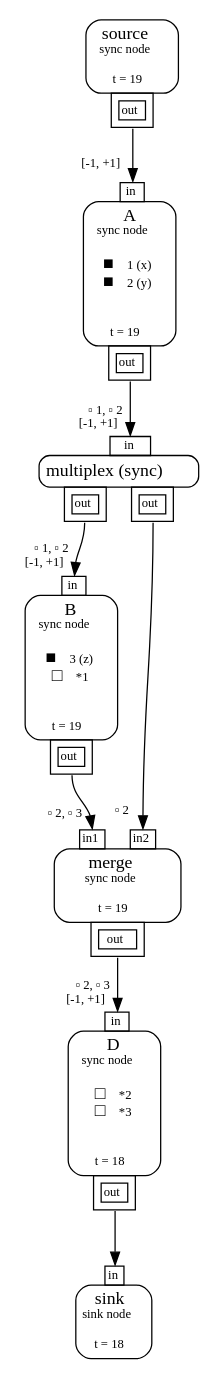
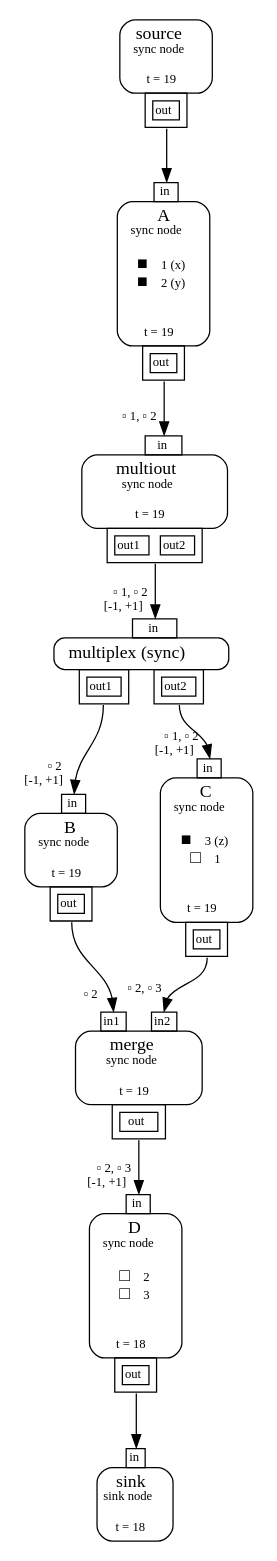
One commit to dbonattoj/mf changed the diagram in gr.gv. Above: the diagram before and after it, drawn with Graphviz. The commit also changed 6 other files, not shown here.

```diff
--- a/gr.gv
+++ b/gr.gv
@@ -7,27 +7,35 @@
 <TABLE BORDER="0" CELLBORDER="0" CELLSPACING="0" CELLPADDING="0"><TR><TD WIDTH="20"></TD><TD BORDER="1" CELLPADDING="1" PORT="in3" COLOR="black"><FONT POINT-SIZE="10">in</FONT></TD><TD WIDTH="20"></TD></TR><TR><TD COLSPAN="3" BORDER="1" STYLE="ROUNDED" CELLPADDING="4" COLOR="black">A<BR/><FONT POINT-SIZE="10">sync node</FONT><BR/><BR/>&#x25A0; <FONT POINT-SIZE="10">1 (x)</FONT><BR/>&#x25A0; <FONT POINT-SIZE="10">2 (y)</FONT><BR/><BR/><BR/><FONT POINT-SIZE="10">t = 19</FONT></TD></TR><TR><TD COLSPAN="3" BORDER="0"><TABLE BORDER="0" CELLBORDER="0" CELLSPACING="0" CELLPADDING="0"><TR><TD WIDTH="20"></TD><TD BORDER="1" CELLPADDING="3" PORT="out4" COLOR="black"><TABLE BORDER="0" CELLSPACING="2"><TR CELLPADDING="1"><TD BORDER="1" CELLPADDING="1"><FONT POINT-SIZE="10">out</FONT></TD></TR></TABLE></TD><TD WIDTH="20"></TD></TR></TABLE></TD></TR></TABLE>
 >];
 	node5 [shape=plaintext label=<
-<TABLE BORDER="0" CELLBORDER="0" CELLSPACING="0" CELLPADDING="0"><TR><TD WIDTH="20"></TD><TD BORDER="1" CELLPADDING="1" PORT="in6" COLOR="black"><FONT POINT-SIZE="10">in</FONT></TD><TD WIDTH="20"></TD></TR><TR><TD COLSPAN="3" BORDER="1" STYLE="ROUNDED" CELLPADDING="4" COLOR="black">multiplex (sync)</TD></TR><TR><TD COLSPAN="3" BORDER="0"><TABLE BORDER="0" CELLBORDER="0" CELLSPACING="0" CELLPADDING="0"><TR><TD WIDTH="20"></TD><TD BORDER="1" CELLPADDING="3" PORT="out7" COLOR="black"><TABLE BORDER="0" CELLSPACING="2"><TR CELLPADDING="1"><TD BORDER="1" CELLPADDING="1"><FONT POINT-SIZE="10">out</FONT></TD></TR></TABLE></TD><TD WIDTH="20"></TD><TD BORDER="1" CELLPADDING="3" PORT="out8" COLOR="black"><TABLE BORDER="0" CELLSPACING="2"><TR CELLPADDING="1"><TD BORDER="1" CELLPADDING="1"><FONT POINT-SIZE="10">out</FONT></TD></TR></TABLE></TD><TD WIDTH="20"></TD></TR></TABLE></TD></TR></TABLE>
+<TABLE BORDER="0" CELLBORDER="0" CELLSPACING="0" CELLPADDING="0"><TR><TD WIDTH="20"></TD><TD BORDER="1" CELLPADDING="1" PORT="in6" COLOR="black"><FONT POINT-SIZE="10">in</FONT></TD><TD WIDTH="20"></TD></TR><TR><TD COLSPAN="3" BORDER="1" STYLE="ROUNDED" CELLPADDING="4" COLOR="black">multiout<BR/><FONT POINT-SIZE="10">sync node</FONT><BR/><BR/><FONT POINT-SIZE="10">t = 19</FONT></TD></TR><TR><TD COLSPAN="3" BORDER="0"><TABLE BORDER="0" CELLBORDER="0" CELLSPACING="0" CELLPADDING="0"><TR><TD WIDTH="20"></TD><TD BORDER="1" CELLPADDING="3" PORT="out7" COLOR="black"><TABLE BORDER="0" CELLSPACING="2"><TR CELLPADDING="1"><TD BORDER="1" CELLPADDING="1"><FONT POINT-SIZE="10">out1</FONT></TD><TD WIDTH="5"></TD><TD BORDER="1" CELLPADDING="1"><FONT POINT-SIZE="10">out2</FONT></TD></TR></TABLE></TD><TD WIDTH="20"></TD></TR></TABLE></TD></TR></TABLE>
 >];
-	node9 [shape=plaintext label=<
-<TABLE BORDER="0" CELLBORDER="0" CELLSPACING="0" CELLPADDING="0"><TR><TD WIDTH="20"></TD><TD BORDER="1" CELLPADDING="1" PORT="in10" COLOR="black"><FONT POINT-SIZE="10">in</FONT></TD><TD WIDTH="20"></TD></TR><TR><TD COLSPAN="3" BORDER="1" STYLE="ROUNDED" CELLPADDING="4" COLOR="black">B<BR/><FONT POINT-SIZE="10">sync node</FONT><BR/><BR/>&#x25A0; <FONT POINT-SIZE="10">3 (z)</FONT><BR/>&#x25A1; <FONT POINT-SIZE="10">*1</FONT><BR/><BR/><BR/><FONT POINT-SIZE="10">t = 19</FONT></TD></TR><TR><TD COLSPAN="3" BORDER="0"><TABLE BORDER="0" CELLBORDER="0" CELLSPACING="0" CELLPADDING="0"><TR><TD WIDTH="20"></TD><TD BORDER="1" CELLPADDING="3" PORT="out11" COLOR="black"><TABLE BORDER="0" CELLSPACING="2"><TR CELLPADDING="1"><TD BORDER="1" CELLPADDING="1"><FONT POINT-SIZE="10">out</FONT></TD></TR></TABLE></TD><TD WIDTH="20"></TD></TR></TABLE></TD></TR></TABLE>
+	node8 [shape=plaintext label=<
+<TABLE BORDER="0" CELLBORDER="0" CELLSPACING="0" CELLPADDING="0"><TR><TD WIDTH="20"></TD><TD BORDER="1" CELLPADDING="1" PORT="in9" COLOR="black"><FONT POINT-SIZE="10">in</FONT></TD><TD WIDTH="20"></TD></TR><TR><TD COLSPAN="3" BORDER="1" STYLE="ROUNDED" CELLPADDING="4" COLOR="black">multiplex (sync)</TD></TR><TR><TD COLSPAN="3" BORDER="0"><TABLE BORDER="0" CELLBORDER="0" CELLSPACING="0" CELLPADDING="0"><TR><TD WIDTH="20"></TD><TD BORDER="1" CELLPADDING="3" PORT="out10" COLOR="black"><TABLE BORDER="0" CELLSPACING="2"><TR CELLPADDING="1"><TD BORDER="1" CELLPADDING="1"><FONT POINT-SIZE="10">out1</FONT></TD></TR></TABLE></TD><TD WIDTH="20"></TD><TD BORDER="1" CELLPADDING="3" PORT="out11" COLOR="black"><TABLE BORDER="0" CELLSPACING="2"><TR CELLPADDING="1"><TD BORDER="1" CELLPADDING="1"><FONT POINT-SIZE="10">out2</FONT></TD></TR></TABLE></TD><TD WIDTH="20"></TD></TR></TABLE></TD></TR></TABLE>
 >];
 	node12 [shape=plaintext label=<
-<TABLE BORDER="0" CELLBORDER="0" CELLSPACING="0" CELLPADDING="0"><TR><TD WIDTH="20"></TD><TD BORDER="1" CELLPADDING="1" PORT="in13" COLOR="black"><FONT POINT-SIZE="10">in1</FONT></TD><TD WIDTH="20"></TD><TD BORDER="1" CELLPADDING="1" PORT="in14" COLOR="black"><FONT POINT-SIZE="10">in2</FONT></TD><TD WIDTH="20"></TD></TR><TR><TD COLSPAN="5" BORDER="1" STYLE="ROUNDED" CELLPADDING="4" COLOR="black">merge<BR/><FONT POINT-SIZE="10">sync node</FONT><BR/><BR/><FONT POINT-SIZE="10">t = 19</FONT></TD></TR><TR><TD COLSPAN="5" BORDER="0"><TABLE BORDER="0" CELLBORDER="0" CELLSPACING="0" CELLPADDING="0"><TR><TD WIDTH="20"></TD><TD BORDER="1" CELLPADDING="3" PORT="out15" COLOR="black"><TABLE BORDER="0" CELLSPACING="2"><TR CELLPADDING="1"><TD BORDER="1" CELLPADDING="1"><FONT POINT-SIZE="10">out</FONT></TD></TR></TABLE></TD><TD WIDTH="20"></TD></TR></TABLE></TD></TR></TABLE>
+<TABLE BORDER="0" CELLBORDER="0" CELLSPACING="0" CELLPADDING="0"><TR><TD WIDTH="20"></TD><TD BORDER="1" CELLPADDING="1" PORT="in13" COLOR="black"><FONT POINT-SIZE="10">in</FONT></TD><TD WIDTH="20"></TD></TR><TR><TD COLSPAN="3" BORDER="1" STYLE="ROUNDED" CELLPADDING="4" COLOR="black">B<BR/><FONT POINT-SIZE="10">sync node</FONT><BR/><BR/><FONT POINT-SIZE="10">t = 19</FONT></TD></TR><TR><TD COLSPAN="3" BORDER="0"><TABLE BORDER="0" CELLBORDER="0" CELLSPACING="0" CELLPADDING="0"><TR><TD WIDTH="20"></TD><TD BORDER="1" CELLPADDING="3" PORT="out14" COLOR="black"><TABLE BORDER="0" CELLSPACING="2"><TR CELLPADDING="1"><TD BORDER="1" CELLPADDING="1"><FONT POINT-SIZE="10">out</FONT></TD></TR></TABLE></TD><TD WIDTH="20"></TD></TR></TABLE></TD></TR></TABLE>
 >];
-	node16 [shape=plaintext label=<
-<TABLE BORDER="0" CELLBORDER="0" CELLSPACING="0" CELLPADDING="0"><TR><TD WIDTH="20"></TD><TD BORDER="1" CELLPADDING="1" PORT="in17" COLOR="black"><FONT POINT-SIZE="10">in</FONT></TD><TD WIDTH="20"></TD></TR><TR><TD COLSPAN="3" BORDER="1" STYLE="ROUNDED" CELLPADDING="4" COLOR="black">D<BR/><FONT POINT-SIZE="10">sync node</FONT><BR/><BR/>&#x25A1; <FONT POINT-SIZE="10">*2</FONT><BR/>&#x25A1; <FONT POINT-SIZE="10">*3</FONT><BR/><BR/><BR/><FONT POINT-SIZE="10">t = 18</FONT></TD></TR><TR><TD COLSPAN="3" BORDER="0"><TABLE BORDER="0" CELLBORDER="0" CELLSPACING="0" CELLPADDING="0"><TR><TD WIDTH="20"></TD><TD BORDER="1" CELLPADDING="3" PORT="out18" COLOR="black"><TABLE BORDER="0" CELLSPACING="2"><TR CELLPADDING="1"><TD BORDER="1" CELLPADDING="1"><FONT POINT-SIZE="10">out</FONT></TD></TR></TABLE></TD><TD WIDTH="20"></TD></TR></TABLE></TD></TR></TABLE>
+	node15 [shape=plaintext label=<
+<TABLE BORDER="0" CELLBORDER="0" CELLSPACING="0" CELLPADDING="0"><TR><TD WIDTH="20"></TD><TD BORDER="1" CELLPADDING="1" PORT="in16" COLOR="black"><FONT POINT-SIZE="10">in</FONT></TD><TD WIDTH="20"></TD></TR><TR><TD COLSPAN="3" BORDER="1" STYLE="ROUNDED" CELLPADDING="4" COLOR="black">C<BR/><FONT POINT-SIZE="10">sync node</FONT><BR/><BR/>&#x25A0; <FONT POINT-SIZE="10">3 (z)</FONT><BR/>&#x25A1; <FONT POINT-SIZE="10">1</FONT><BR/><BR/><BR/><FONT POINT-SIZE="10">t = 19</FONT></TD></TR><TR><TD COLSPAN="3" BORDER="0"><TABLE BORDER="0" CELLBORDER="0" CELLSPACING="0" CELLPADDING="0"><TR><TD WIDTH="20"></TD><TD BORDER="1" CELLPADDING="3" PORT="out17" COLOR="black"><TABLE BORDER="0" CELLSPACING="2"><TR CELLPADDING="1"><TD BORDER="1" CELLPADDING="1"><FONT POINT-SIZE="10">out</FONT></TD></TR></TABLE></TD><TD WIDTH="20"></TD></TR></TABLE></TD></TR></TABLE>
 >];
-	node19 [shape=plaintext label=<
-<TABLE BORDER="0" CELLBORDER="0" CELLSPACING="0" CELLPADDING="0"><TR><TD WIDTH="20"></TD><TD BORDER="1" CELLPADDING="1" PORT="in20" COLOR="black"><FONT POINT-SIZE="10">in</FONT></TD><TD WIDTH="20"></TD></TR><TR><TD COLSPAN="3" BORDER="1" STYLE="ROUNDED" CELLPADDING="4" COLOR="black">sink<BR/><FONT POINT-SIZE="10">sink node</FONT><BR/><BR/><FONT POINT-SIZE="10">t = 18</FONT></TD></TR></TABLE>
+	node18 [shape=plaintext label=<
+<TABLE BORDER="0" CELLBORDER="0" CELLSPACING="0" CELLPADDING="0"><TR><TD WIDTH="20"></TD><TD BORDER="1" CELLPADDING="1" PORT="in19" COLOR="black"><FONT POINT-SIZE="10">in1</FONT></TD><TD WIDTH="20"></TD><TD BORDER="1" CELLPADDING="1" PORT="in20" COLOR="black"><FONT POINT-SIZE="10">in2</FONT></TD><TD WIDTH="20"></TD></TR><TR><TD COLSPAN="5" BORDER="1" STYLE="ROUNDED" CELLPADDING="4" COLOR="black">merge<BR/><FONT POINT-SIZE="10">sync node</FONT><BR/><BR/><FONT POINT-SIZE="10">t = 19</FONT></TD></TR><TR><TD COLSPAN="5" BORDER="0"><TABLE BORDER="0" CELLBORDER="0" CELLSPACING="0" CELLPADDING="0"><TR><TD WIDTH="20"></TD><TD BORDER="1" CELLPADDING="3" PORT="out21" COLOR="black"><TABLE BORDER="0" CELLSPACING="2"><TR CELLPADDING="1"><TD BORDER="1" CELLPADDING="1"><FONT POINT-SIZE="10">out</FONT></TD></TR></TABLE></TD><TD WIDTH="20"></TD></TR></TABLE></TD></TR></TABLE>
 >];
-	node0:out1 -> node2:in3 [style="", arrowhead="normal", color=black, headlabel=<[-1, +1]     >, fontsize=10, labelangle=45, labeldistance=2.0, labelfontcolor=black];
-	node2:out4 -> node5:in6 [style="", arrowhead="normal", color=black, headlabel=<&#x25AB; 1, &#x25AB; 2<BR/>[-1, +1]     >, fontsize=10, labelangle=45, labeldistance=2.0, labelfontcolor=black];
-	node5:out7 -> node9:in10 [style="", arrowhead="normal", color=black, headlabel=<&#x25AB; 1, &#x25AB; 2<BR/>[-1, +1]     >, fontsize=10, labelangle=45, labeldistance=2.0, labelfontcolor=black];
-	node9:out11 -> node12:in13 [style="", arrowhead="normal", color=black, headlabel=<&#x25AB; 2, &#x25AB; 3<BR/>>, fontsize=10, labelangle=45, labeldistance=2.0, labelfontcolor=black];
-	node5:out8 -> node12:in14 [style="", arrowhead="normal", color=black, headlabel=<&#x25AB; 2<BR/>>, fontsize=10, labelangle=45, labeldistance=2.0, labelfontcolor=black];
-	node12:out15 -> node16:in17 [style="", arrowhead="normal", color=black, headlabel=<&#x25AB; 2, &#x25AB; 3<BR/>[-1, +1]     >, fontsize=10, labelangle=45, labeldistance=2.0, labelfontcolor=black];
-	node16:out18 -> node19:in20 [style="", arrowhead="normal", color=black, headlabel=<>, fontsize=10, labelangle=45, labeldistance=2.0, labelfontcolor=black];
+	node22 [shape=plaintext label=<
+<TABLE BORDER="0" CELLBORDER="0" CELLSPACING="0" CELLPADDING="0"><TR><TD WIDTH="20"></TD><TD BORDER="1" CELLPADDING="1" PORT="in23" COLOR="black"><FONT POINT-SIZE="10">in</FONT></TD><TD WIDTH="20"></TD></TR><TR><TD COLSPAN="3" BORDER="1" STYLE="ROUNDED" CELLPADDING="4" COLOR="black">D<BR/><FONT POINT-SIZE="10">sync node</FONT><BR/><BR/>&#x25A1; <FONT POINT-SIZE="10">2</FONT><BR/>&#x25A1; <FONT POINT-SIZE="10">3</FONT><BR/><BR/><BR/><FONT POINT-SIZE="10">t = 18</FONT></TD></TR><TR><TD COLSPAN="3" BORDER="0"><TABLE BORDER="0" CELLBORDER="0" CELLSPACING="0" CELLPADDING="0"><TR><TD WIDTH="20"></TD><TD BORDER="1" CELLPADDING="3" PORT="out24" COLOR="black"><TABLE BORDER="0" CELLSPACING="2"><TR CELLPADDING="1"><TD BORDER="1" CELLPADDING="1"><FONT POINT-SIZE="10">out</FONT></TD></TR></TABLE></TD><TD WIDTH="20"></TD></TR></TABLE></TD></TR></TABLE>
+>];
+	node25 [shape=plaintext label=<
+<TABLE BORDER="0" CELLBORDER="0" CELLSPACING="0" CELLPADDING="0"><TR><TD WIDTH="20"></TD><TD BORDER="1" CELLPADDING="1" PORT="in26" COLOR="black"><FONT POINT-SIZE="10">in</FONT></TD><TD WIDTH="20"></TD></TR><TR><TD COLSPAN="3" BORDER="1" STYLE="ROUNDED" CELLPADDING="4" COLOR="black">sink<BR/><FONT POINT-SIZE="10">sink node</FONT><BR/><BR/><FONT POINT-SIZE="10">t = 18</FONT></TD></TR></TABLE>
+>];
+	node0:out1 -> node2:in3 [style="", arrowhead="normal", color=black, headlabel=<>, fontsize=10, labelangle=45, labeldistance=2.0, labelfontcolor=black];
+	node2:out4 -> node5:in6 [style="", arrowhead="normal", color=black, headlabel=<&#x25AB; 1, &#x25AB; 2<BR/>>, fontsize=10, labelangle=45, labeldistance=2.0, labelfontcolor=black];
+	node5:out7 -> node8:in9 [style="", arrowhead="normal", color=black, headlabel=<&#x25AB; 1, &#x25AB; 2<BR/>[-1, +1]     >, fontsize=10, labelangle=45, labeldistance=2.0, labelfontcolor=black];
+	node8:out10 -> node12:in13 [style="", arrowhead="normal", color=black, headlabel=<&#x25AB; 2<BR/>[-1, +1]     >, fontsize=10, labelangle=45, labeldistance=2.0, labelfontcolor=black];
+	node8:out11 -> node15:in16 [style="", arrowhead="normal", color=black, headlabel=<&#x25AB; 1, &#x25AB; 2<BR/>[-1, +1]     >, fontsize=10, labelangle=45, labeldistance=2.0, labelfontcolor=black];
+	node12:out14 -> node18:in19 [style="", arrowhead="normal", color=black, headlabel=<&#x25AB; 2<BR/>>, fontsize=10, labelangle=45, labeldistance=2.0, labelfontcolor=black];
+	node15:out17 -> node18:in20 [style="", arrowhead="normal", color=black, headlabel=<&#x25AB; 2, &#x25AB; 3<BR/>>, fontsize=10, labelangle=45, labeldistance=2.0, labelfontcolor=black];
+	node18:out21 -> node22:in23 [style="", arrowhead="normal", color=black, headlabel=<&#x25AB; 2, &#x25AB; 3<BR/>[-1, +1]     >, fontsize=10, labelangle=45, labeldistance=2.0, labelfontcolor=black];
+	node22:out24 -> node25:in26 [style="", arrowhead="normal", color=black, headlabel=<>, fontsize=10, labelangle=45, labeldistance=2.0, labelfontcolor=black];
 	{rank=source; node0}
-	{rank=sink; node19}
+	{rank=sink; node25}
 }
```
